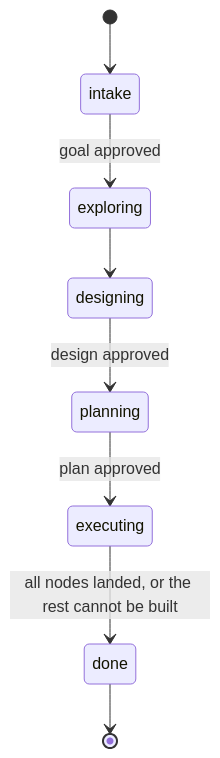
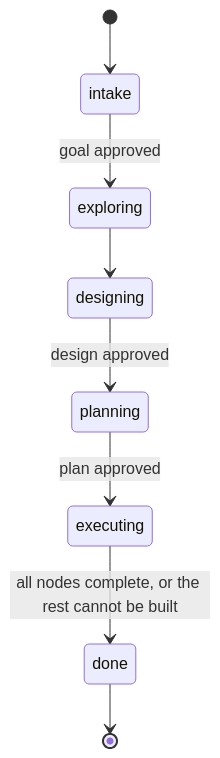
Before and after one commit to hyunbumy/devflow: the first of 4 diagrams in docs/design.md, drawn with Mermaid. The commit also changed other lines of this file and 1 other file, not shown here.

````diff
--- a/docs/design.md
+++ b/docs/design.md
@@ -119,10 +132,10 @@
 ```mermaid
 stateDiagram-v2
     [*] --> intake
     intake --> exploring: goal approved
     exploring --> designing
     designing --> planning: design approved
     planning --> executing: plan approved
-    executing --> done: all nodes landed, or the rest cannot be built
+    executing --> done: all nodes complete, or the rest cannot be built
     done --> [*]
 ```
````
